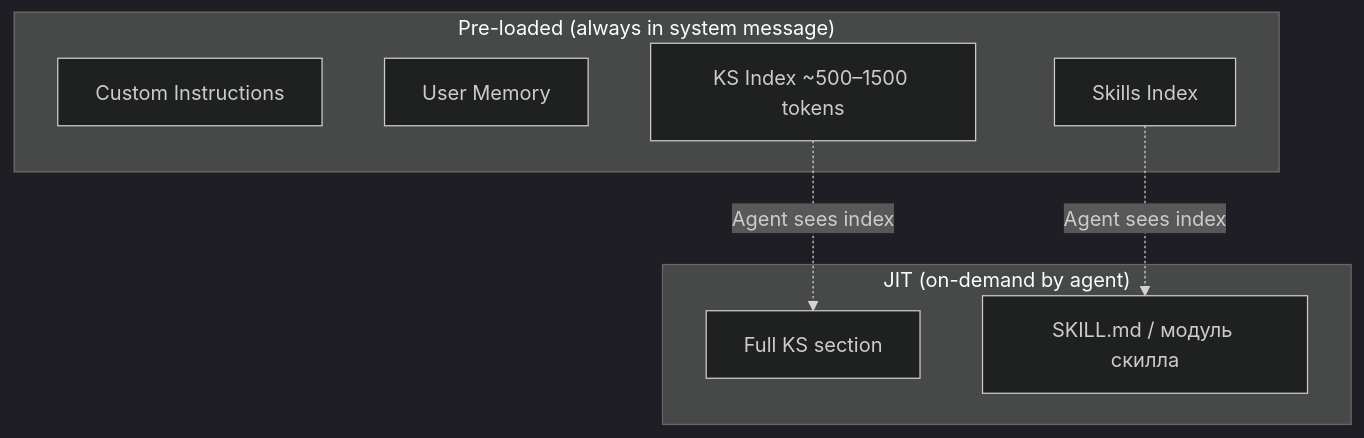
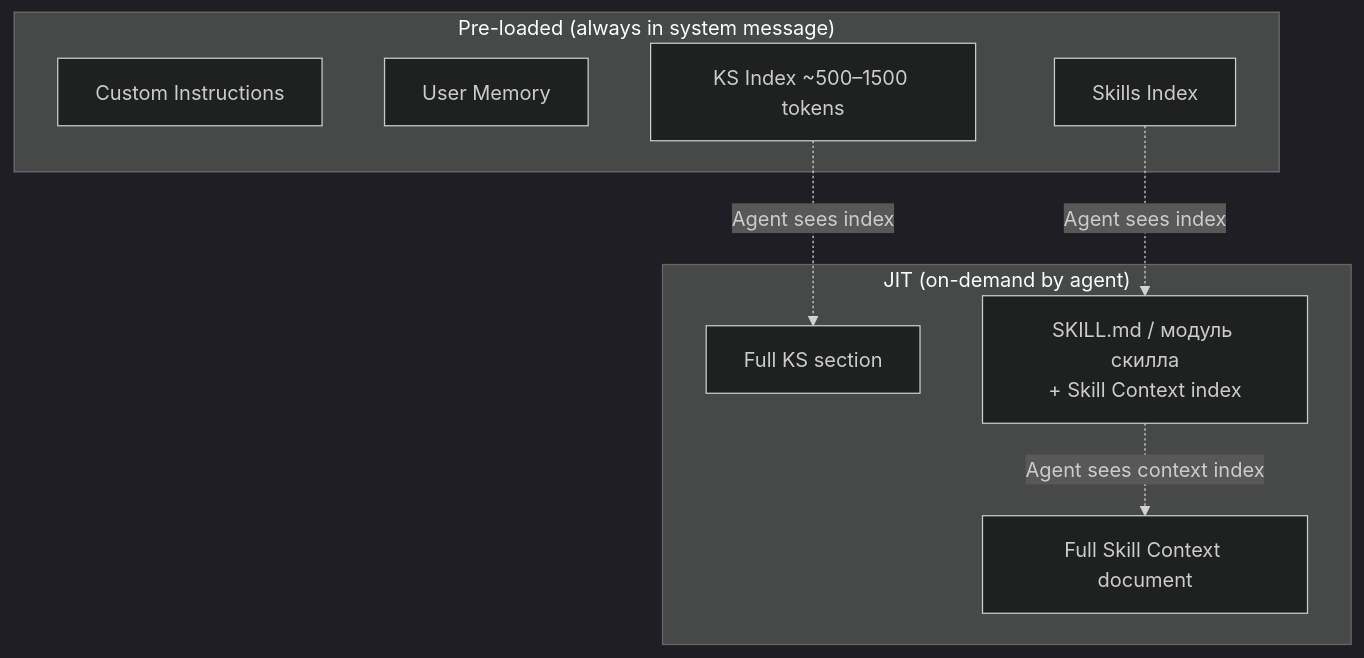
The third of 4 diagrams in doc/tech/agent-runtime.md (Bbar0n234/learnflow-ai), drawn with Mermaid (dark theme) before and after one commit. The commit also changed other lines of this file and 8 other files, not shown here.

First line of the commit message:
docs(tech): skill context в архитектурной документации

````diff
--- a/doc/tech/agent-runtime.md
+++ b/doc/tech/agent-runtime.md
@@ -120,17 +120,19 @@
 ```mermaid
 graph TD
     subgraph "Pre-loaded (always in system message)"
         CI["Custom Instructions"]
         UM["User Memory"]
         KSI["KS Index ~500–1500 tokens"]
         SI["Skills Index"]
     end
 
     subgraph "JIT (on-demand by agent)"
         KSF["Full KS section"]
-        SKL["SKILL.md / модуль скилла"]
+        SKL["SKILL.md / модуль скилла<br/>+ Skill Context index"]
+        SCD["Full Skill Context document"]
     end
 
     KSI -.->|"Agent sees index"| KSF
     SI -.->|"Agent sees index"| SKL
+    SKL -.->|"Agent sees context index"| SCD
 ```
````
